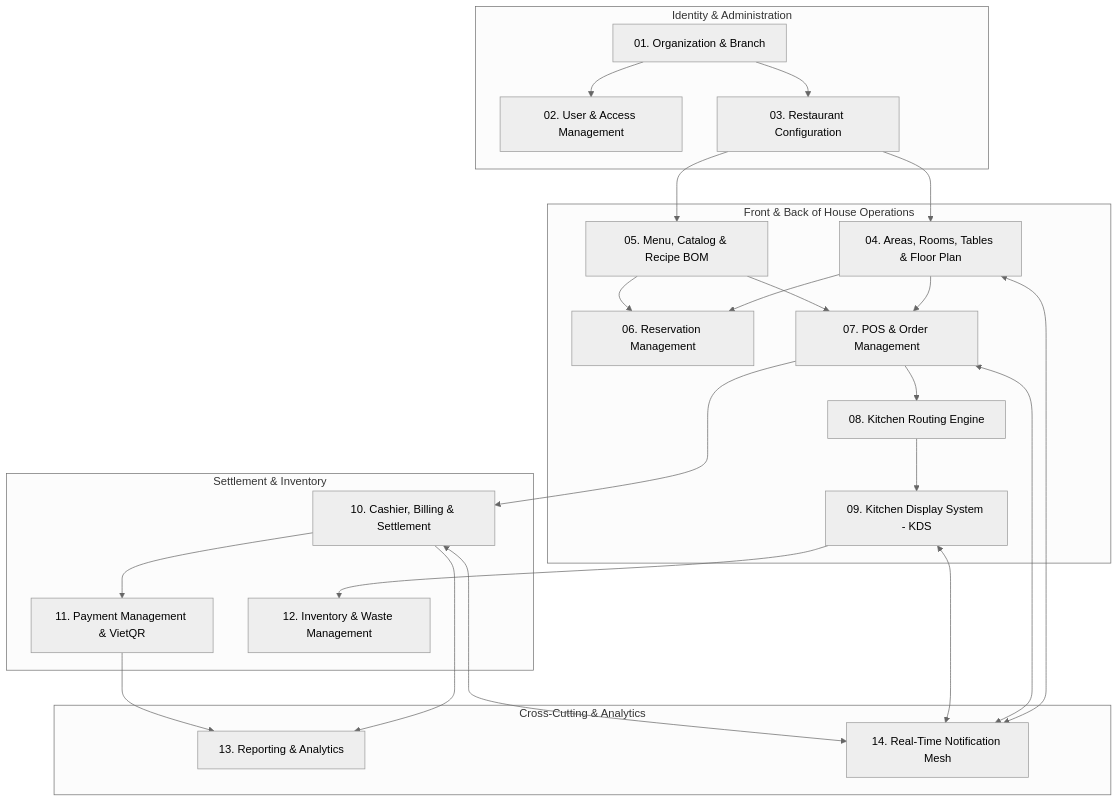
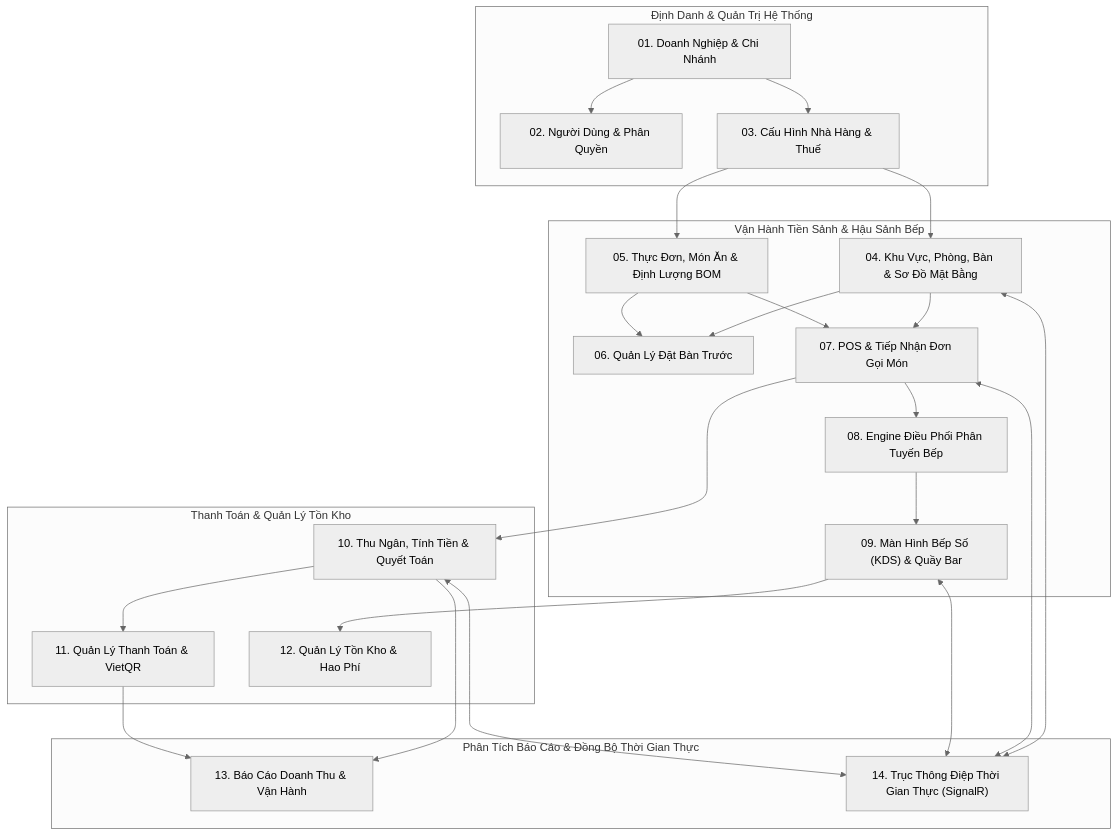
Before and after one commit to dieudoanhut2002/SmartRestaurant: the diagram in docs/product/MODULE-OVERVIEW.md, drawn with Mermaid (neutral theme). The commit also changed other lines of this file and 40 other files, not shown here.

Commit message:
Điều chỉnh thống nhất nghiệp vụ, Việt hoá các file MD

````diff
--- a/docs/product/MODULE-OVERVIEW.md
+++ b/docs/product/MODULE-OVERVIEW.md
@@ -13,37 +14,37 @@
 ```mermaid
 flowchart TD
-    subgraph IdentityAdmin["Identity & Administration"]
-        M01[01. Organization & Branch]
-        M02[02. User & Access Management]
-        M03[03. Restaurant Configuration]
+    subgraph IdentityAdmin["Định Danh & Quản Trị Hệ Thống"]
+        M01["01. Doanh Nghiệp & Chi Nhánh"]
+        M02["02. Người Dùng & Phân Quyền"]
+        M03["03. Cấu Hình Nhà Hàng & Thuế"]
     end
 
-    subgraph CoreOperations["Front & Back of House Operations"]
-        M04[04. Areas, Rooms, Tables & Floor Plan]
-        M05[05. Menu, Catalog & Recipe BOM]
-        M06[06. Reservation Management]
-        M07[07. POS & Order Management]
-        M08[08. Kitchen Routing Engine]
-        M09[09. Kitchen Display System - KDS]
+    subgraph CoreOperations["Vận Hành Tiền Sảnh & Hậu Sảnh Bếp"]
+        M04["04. Khu Vực, Phòng, Bàn & Sơ Đồ Mặt Bằng"]
+        M05["05. Thực Đơn, Món Ăn & Định Lượng BOM"]
+        M06["06. Quản Lý Đặt Bàn Trước"]
+        M07["07. POS & Tiếp Nhận Đơn Gọi Món"]
+        M08["08. Engine Điều Phối Phân Tuyến Bếp"]
+        M09["09. Màn Hình Bếp Số (KDS) & Quầy Bar"]
     end
 
-    subgraph FinancialsSupply["Settlement & Inventory"]
-        M10[10. Cashier, Billing & Settlement]
-        M11[11. Payment Management & VietQR]
-        M12[12. Inventory & Waste Management]
+    subgraph FinancialsSupply["Thanh Toán & Quản Lý Tồn Kho"]
+        M10["10. Thu Ngân, Tính Tiền & Quyết Toán"]
+        M11["11. Quản Lý Thanh Toán & VietQR"]
+        M12["12. Quản Lý Tồn Kho & Hao Phí"]
     end
 
-    subgraph Intelligence["Cross-Cutting & Analytics"]
-        M13[13. Reporting & Analytics]
-        M14[14. Real-Time Notification Mesh]
+    subgraph Intelligence["Phân Tích Báo Cáo & Đồng Bộ Thời Gian Thực"]
+        M13["13. Báo Cáo Doanh Thu & Vận Hành"]
+        M14["14. Trục Thông Điệp Thời Gian Thực (SignalR)"]
     end
 
     M01 --> M02 & M03
     M03 --> M04 & M05
     M04 & M05 --> M06 & M07
     M07 --> M08 --> M09
     M07 --> M10 --> M11
     M09 --> M12
     M10 & M11 --> M13
     M04 & M07 & M09 & M10 <--> M14
 ```
````
